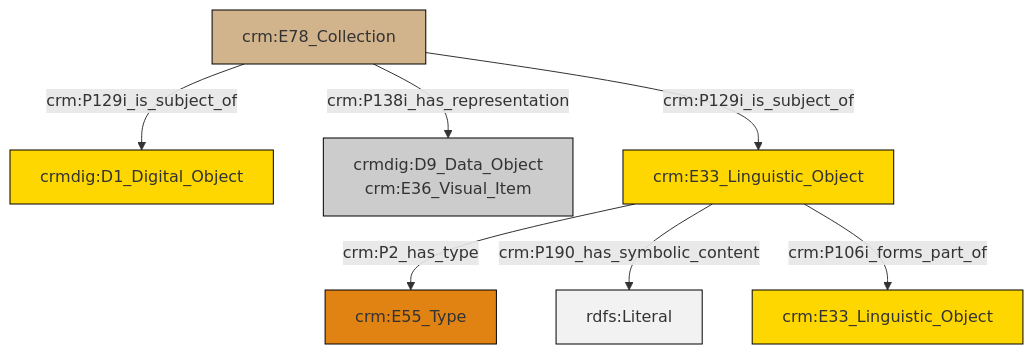
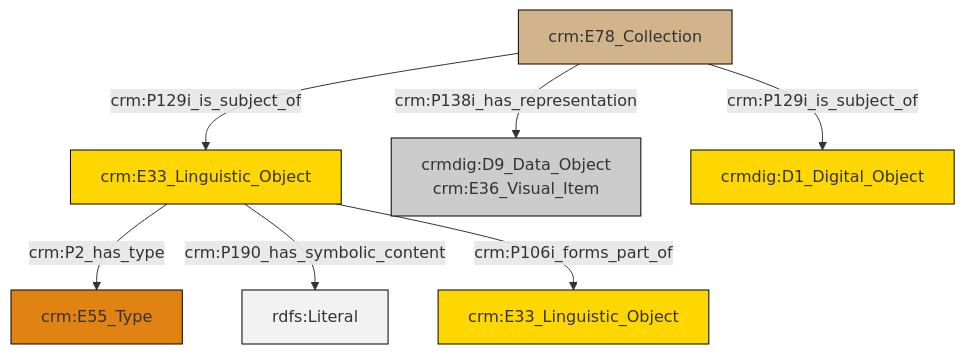
Before and after one commit to swiss-art-research-net/docs.swissartresearch: the diagram in et/archivalCSV/ttl/mmd/archival_docs.ttl.mmd, drawn with Mermaid. The commit also changed 178 other files, not shown here.

```diff
--- a/et/archivalCSV/ttl/mmd/archival_docs.ttl.mmd
+++ b/et/archivalCSV/ttl/mmd/archival_docs.ttl.mmd
@@ -1,21 +1,21 @@
 graph TD
 classDef Literal fill:#f2f2f2,stroke:#000000;
 classDef CRM_Entity fill:#FFFFFF,stroke:#000000;
 classDef Temporal_Entity fill:#00C9E6, stroke:#000000;
 classDef Type fill:#E18312, stroke:#000000;
 classDef Time-Span fill:#2C9C91, stroke:#000000;
 classDef Appellation fill:#FFEB7F, stroke:#000000;
 classDef Place fill:#008836, stroke:#000000;
 classDef Persistent_Item fill:#B266B2, stroke:#000000;
 classDef Conceptual_Object fill:#FFD700, stroke:#000000;
 classDef Physical_Thing fill:#D2B48C, stroke:#000000;
 classDef Actor fill:#f58aad, stroke:#000000;
 classDef PC_Classes fill:#4ce600, stroke:#000000;
 classDef Multi fill:#cccccc,stroke:#000000;
 
-0["crm:E78_Collection"]:::Physical_Thing -->|crm:P129i_is_subject_of| 1["crmdig:D1_Digital_Object"]:::Conceptual_Object
-0["crm:E78_Collection"]:::Physical_Thing -->|crm:P138i_has_representation| 4["crmdig:D9_Data_Object<br>crm:E36_Visual_Item"]:::Multi
-6["crm:E33_Linguistic_Object"]:::Conceptual_Object -->|crm:P2_has_type| 2["crm:E55_Type"]:::Type
-6["crm:E33_Linguistic_Object"]:::Conceptual_Object -->|crm:P190_has_symbolic_content| 11[rdfs:Literal]:::Literal
-6["crm:E33_Linguistic_Object"]:::Conceptual_Object -->|crm:P106i_forms_part_of| 8["crm:E33_Linguistic_Object"]:::Conceptual_Object
-0["crm:E78_Collection"]:::Physical_Thing -->|crm:P129i_is_subject_of| 6["crm:E33_Linguistic_Object"]:::Conceptual_Object
+0["crm:E33_Linguistic_Object"]:::Conceptual_Object -->|crm:P2_has_type| 1["crm:E55_Type"]:::Type
+4["crm:E78_Collection"]:::Physical_Thing -->|crm:P138i_has_representation| 5["crmdig:D9_Data_Object<br>crm:E36_Visual_Item"]:::Multi
+0["crm:E33_Linguistic_Object"]:::Conceptual_Object -->|crm:P190_has_symbolic_content| 8[rdfs:Literal]:::Literal
+4["crm:E78_Collection"]:::Physical_Thing -->|crm:P129i_is_subject_of| 10["crmdig:D1_Digital_Object"]:::Conceptual_Object
+4["crm:E78_Collection"]:::Physical_Thing -->|crm:P129i_is_subject_of| 0["crm:E33_Linguistic_Object"]:::Conceptual_Object
+0["crm:E33_Linguistic_Object"]:::Conceptual_Object -->|crm:P106i_forms_part_of| 2["crm:E33_Linguistic_Object"]:::Conceptual_Object
```
